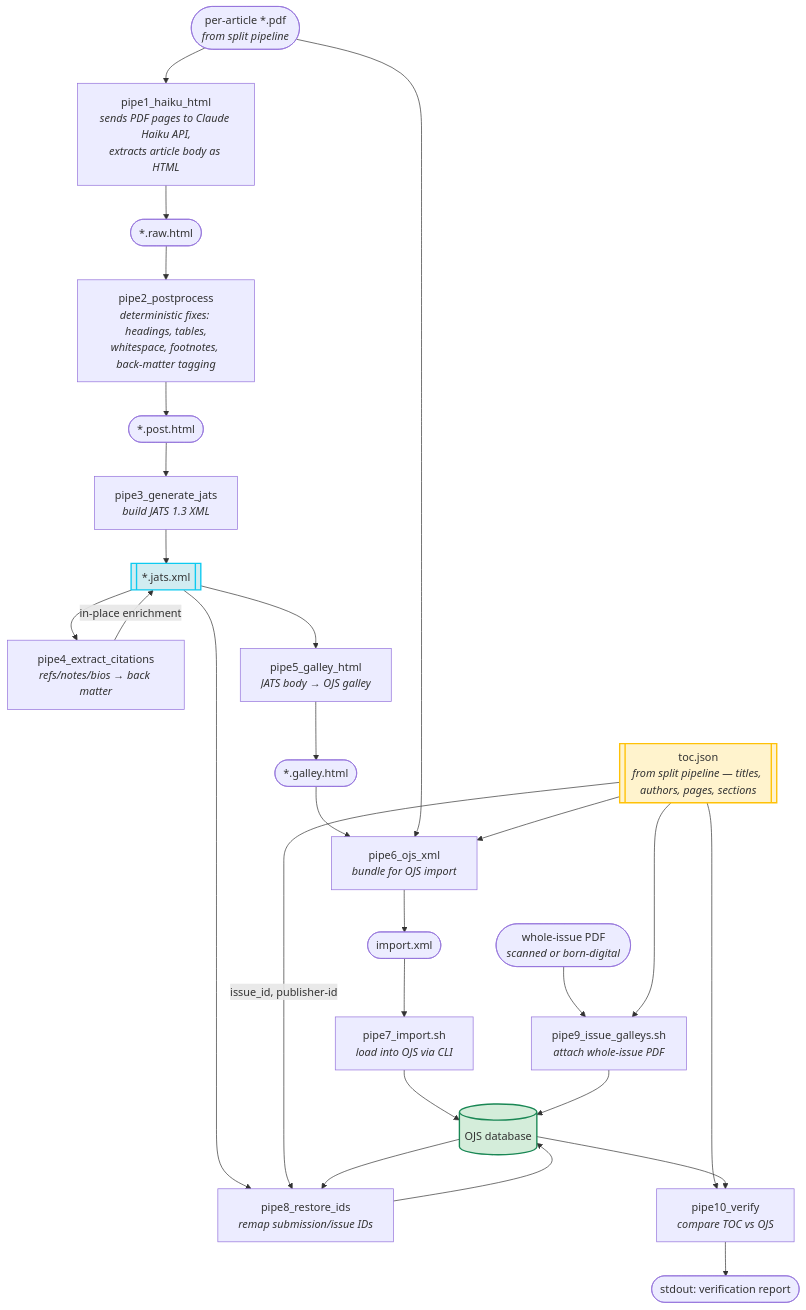
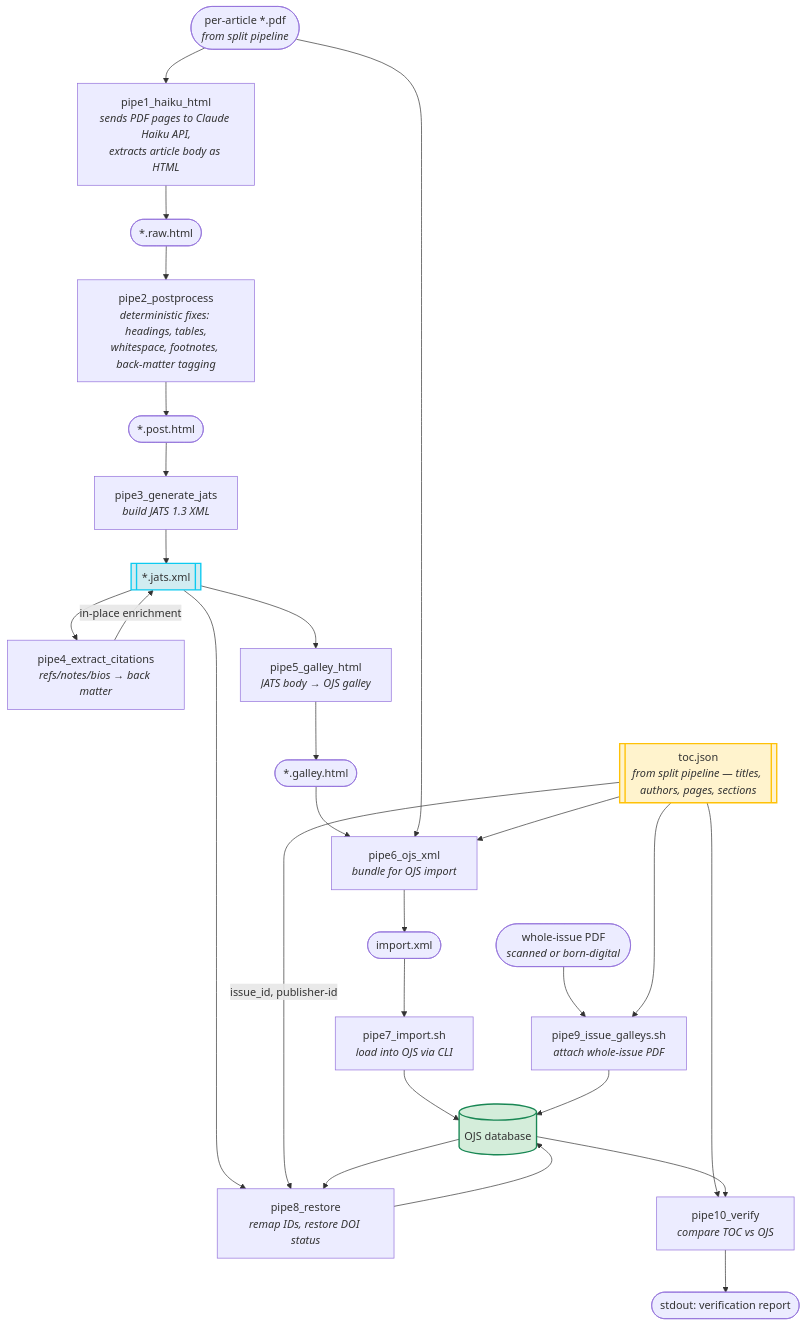
The second of 2 diagrams in backfill/README.md (Pharkie/pharkie-ojs-plugins), drawn with Mermaid before and after one commit. The commit also changed 5 other files, not shown here.

First line of the commit message:
Rename pipe8_restore_ids → pipe8_restore, add DOI status restoration

````diff
--- a/backfill/README.md
+++ b/backfill/README.md
@@ -42,49 +42,49 @@
 ```mermaid
 flowchart TD
     pdf([per-article *.pdf\n<i>from split pipeline</i>])
     src_pdf([whole-issue PDF\n<i>scanned or born-digital</i>])
 
     pdf --> pipe1["pipe1_haiku_html\n<i>sends PDF pages to Claude Haiku API,\nextracts article body as HTML</i>"]
     pipe1 --> raw([*.raw.html])
 
     raw --> pipe2["pipe2_postprocess\n<i>deterministic fixes: headings, tables,\nwhitespace, footnotes, back-matter tagging</i>"]
     pipe2 --> post([*.post.html])
 
     post --> pipe3["pipe3_generate_jats\n<i>build JATS 1.3 XML</i>"]
     pipe3 --> jats
 
     jats --> pipe4["pipe4_extract_citations\n<i>refs/notes/bios → back matter</i>"]
     pipe4 -- "in-place enrichment" --> jats
 
     jats --> pipe5["pipe5_galley_html\n<i>JATS body → OJS galley</i>"]
     pipe5 --> galley([*.galley.html])
 
     galley --> pipe6["pipe6_ojs_xml\n<i>bundle for OJS import</i>"]
     pdf --> pipe6
     toc --> pipe6
     pipe6 --> import_xml([import.xml])
 
     import_xml --> pipe7["pipe7_import.sh\n<i>load into OJS via CLI</i>"]
     pipe7 --> db
 
-    jats --> pipe8["pipe8_restore_ids\n<i>remap submission/issue IDs</i>"]
+    jats --> pipe8["pipe8_restore\n<i>remap IDs, restore DOI status</i>"]
     toc -- "issue_id, publisher-id" --> pipe8
     db --> pipe8
     pipe8 --> db
 
     src_pdf --> pipe9["pipe9_issue_galleys.sh\n<i>attach whole-issue PDF</i>"]
     toc --> pipe9
     pipe9 --> db
 
     toc --> pipe10["pipe10_verify\n<i>compare TOC vs OJS</i>"]
     db --> pipe10
     pipe10 --> stdout([stdout: verification report])
 
     toc[["toc.json\n<i>from split pipeline — titles, authors, pages, sections</i>"]]
     jats[[*.jats.xml]]
     db[(OJS database)]
 
     style toc fill:#fff3cd,stroke:#ffc107,stroke-width:2px
     style jats fill:#d1ecf1,stroke:#0dcaf0,stroke-width:2px
     style db fill:#d4edda,stroke:#198754,stroke-width:2px
 ```
````
